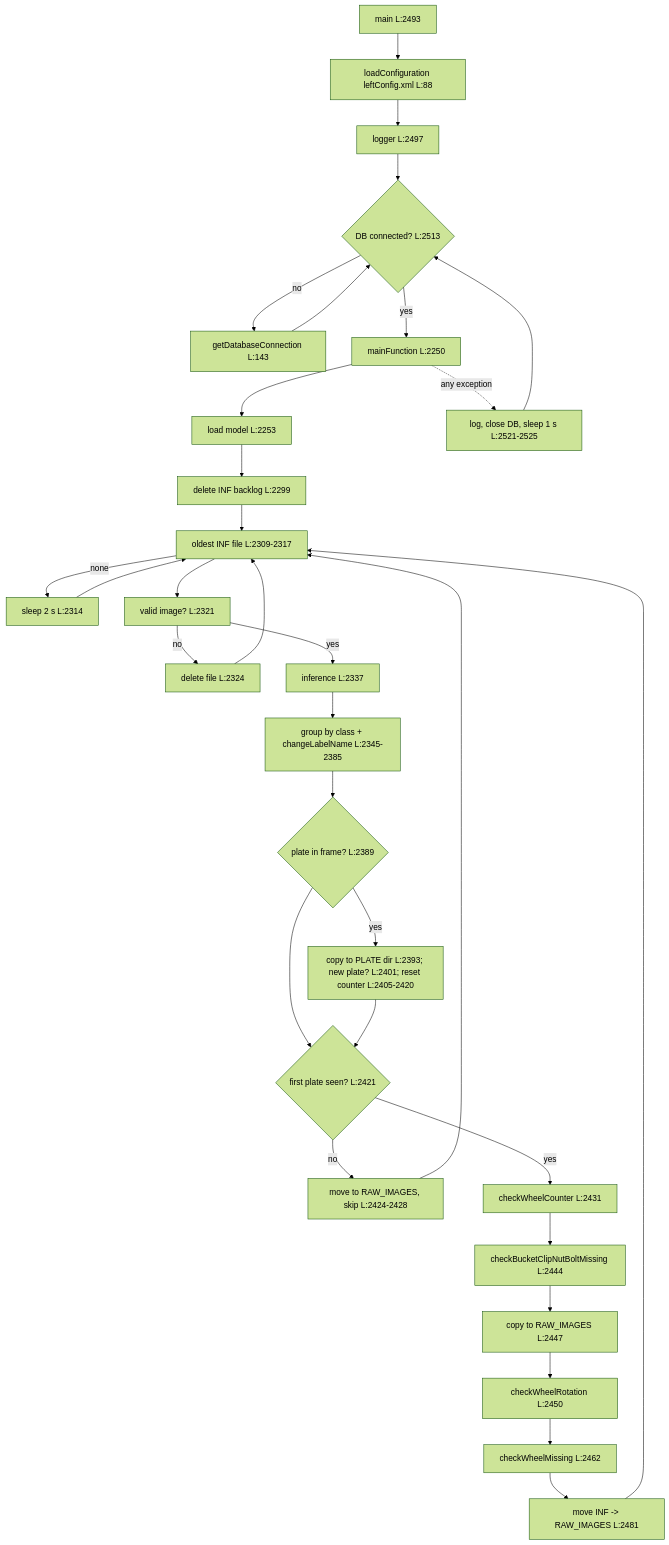
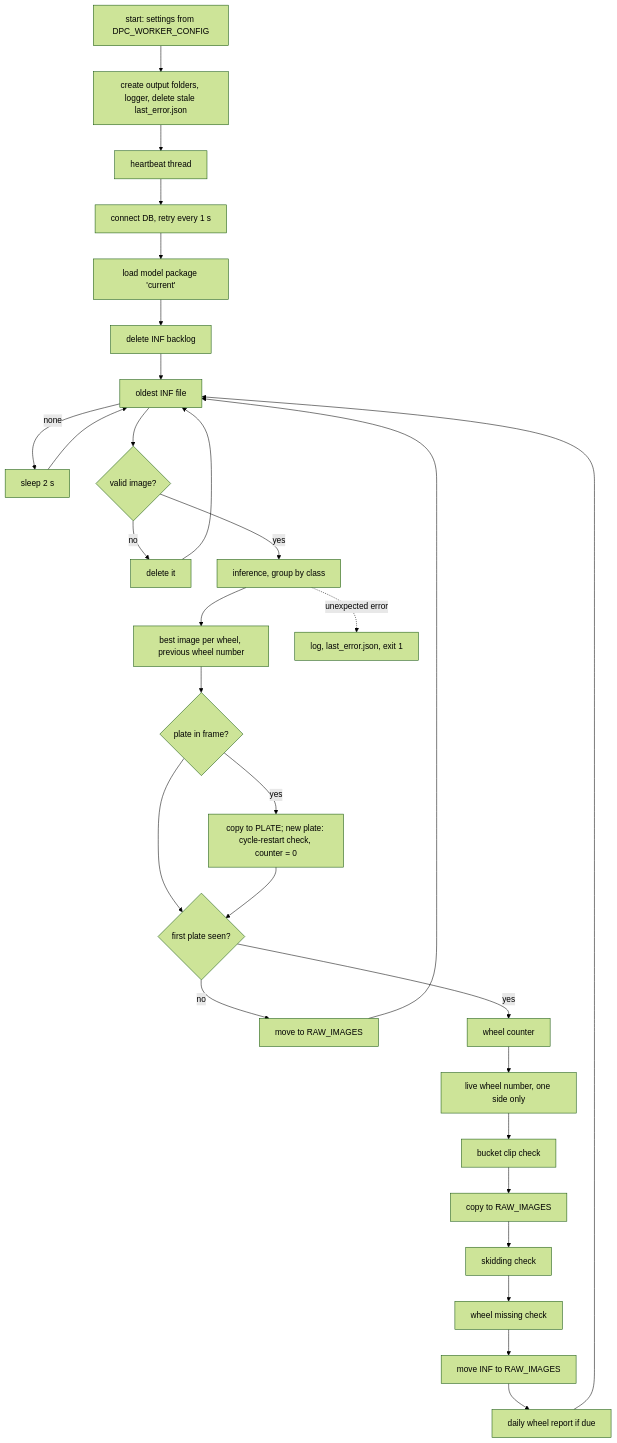
The diagram in workers/inspection/INSPECTION.md (purushottamkumar2004/DPC), drawn with Mermaid (forest theme) before and after one commit. The commit also changed other lines of this file and 20 other files, not shown here.

````diff
--- a/workers/inspection/INSPECTION.md
+++ b/workers/inspection/INSPECTION.md
@@ -24,27 +29,28 @@
 ```mermaid
 flowchart TD
-    A[main L:2493] --> B[loadConfiguration leftConfig.xml L:88]
-    B --> C[logger L:2497]
-    C --> D{DB connected? L:2513}
-    D -- no --> E[getDatabaseConnection L:143] --> D
-    D -- yes --> F[mainFunction L:2250]
-    F --> G[load model L:2253]
-    G --> H[delete INF backlog L:2299]
-    H --> I[oldest INF file L:2309-2317]
-    I -- none --> J[sleep 2 s L:2314] --> I
-    I --> K[valid image? L:2321] -- no --> K2[delete file L:2324] --> I
-    K -- yes --> L[inference L:2337]
-    L --> M[group by class + changeLabelName L:2345-2385]
-    M --> N{plate in frame? L:2389}
-    N -- yes --> N1[copy to PLATE dir L:2393; new plate? L:2401; reset counter L:2405-2420]
-    N --> O{first plate seen? L:2421}
-    N1 --> O
-    O -- no --> P[move to RAW_IMAGES, skip L:2424-2428] --> I
-    O -- yes --> Q[checkWheelCounter L:2431]
-    Q --> R[checkBucketClipNutBoltMissing L:2444]
-    R --> S[copy to RAW_IMAGES L:2447]
-    S --> T[checkWheelRotation L:2450]
-    T --> U[checkWheelMissing L:2462]
-    U --> V[move INF -> RAW_IMAGES L:2481] --> I
-    F -. any exception .-> X[log, close DB, sleep 1 s L:2521-2525] --> D
+    A[start: settings from DPC_WORKER_CONFIG] --> B[create output folders, logger, delete stale last_error.json]
+    B --> C[heartbeat thread]
+    C --> D[connect DB, retry every 1 s]
+    D --> E[load model package 'current']
+    E --> F[delete INF backlog]
+    F --> G[oldest INF file]
+    G -- none --> G2[sleep 2 s] --> G
+    G --> H{valid image?}
+    H -- no --> H2[delete it] --> G
+    H -- yes --> I[inference, group by class]
+    I --> I2[best image per wheel, previous wheel number]
+    I2 --> J{plate in frame?}
+    J -- yes --> J2[copy to PLATE; new plate: cycle-restart check, counter = 0]
+    J --> K{first plate seen?}
+    J2 --> K
+    K -- no --> K2[move to RAW_IMAGES] --> G
+    K -- yes --> L[wheel counter]
+    L --> L2[live wheel number, one side only]
+    L2 --> M[bucket clip check]
+    M --> N[copy to RAW_IMAGES]
+    N --> O[skidding check]
+    O --> P[wheel missing check]
+    P --> Q[move INF to RAW_IMAGES]
+    Q --> R[daily wheel report if due] --> G
+    I -. unexpected error .-> X[log, last_error.json, exit 1]
 ```
````
